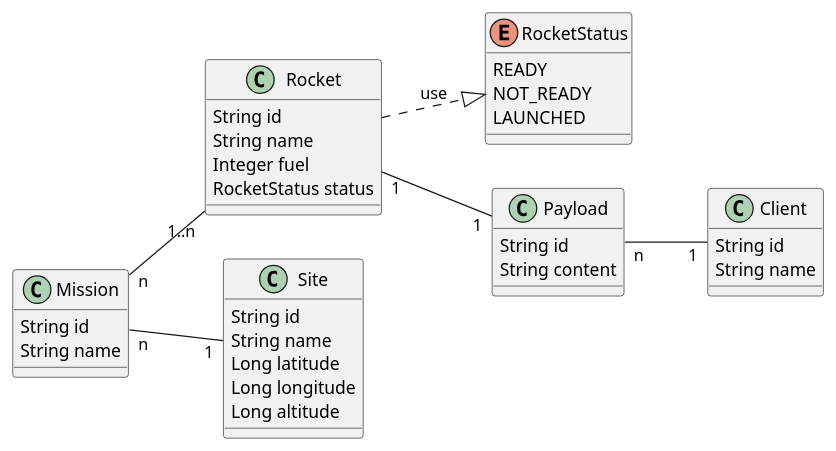
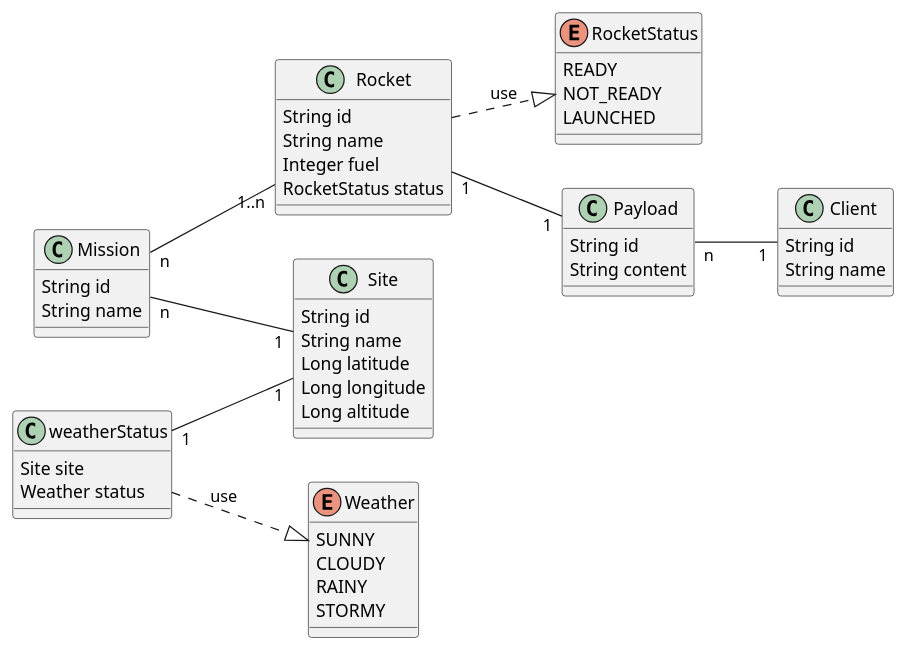
One commit to ImeneYAHIAOUI/MARS-Y changed the diagram in docs/class-diagram.wsd. Above: the diagram before and after it, drawn with PlantUML.

Commit message:
update class diagram #2

```diff
--- a/docs/class-diagram.wsd
+++ b/docs/class-diagram.wsd
@@ -1,46 +1,58 @@
 @startuml
 left to right direction
 
 enum RocketStatus {
     READY
     NOT_READY
     LAUNCHED
 }
 
 class Rocket {
     String id
     String name
     Integer fuel
     RocketStatus status
 }
 
 class Payload {
     String id 
     String content
 } 
 
 class Mission {
     String id 
     String name
 }
 
 class Site {
     String id
     String name
     Long latitude
     Long longitude
     Long altitude
 }
+Enum Weather {
+    SUNNY
+    CLOUDY
+    RAINY
+    STORMY
+}
+class weatherStatus {
+    Site site
+    Weather status
+}
+weatherStatus ..|> Weather : use
+weatherStatus "1"--"1" Site
 
 class Client {
     String id 
     String name 
 }
 
 Rocket ..|> RocketStatus : use
 Rocket "1"--"1" Payload
 Payload "n"--"1" Client
 Mission "n"--"1" Site
 Mission "n"--"1..n" Rocket
 
 @enduml
```
